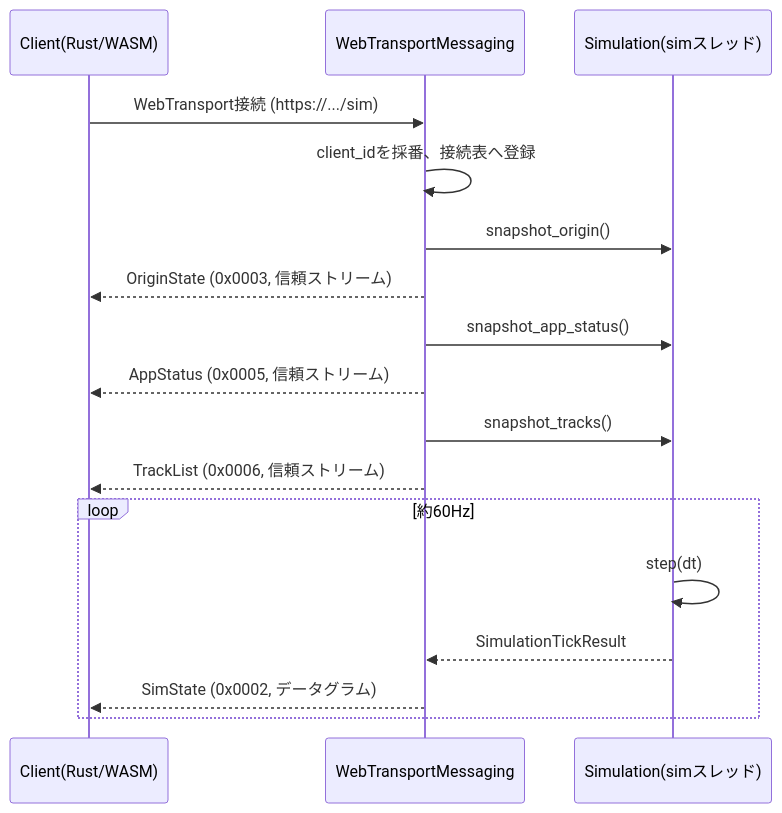
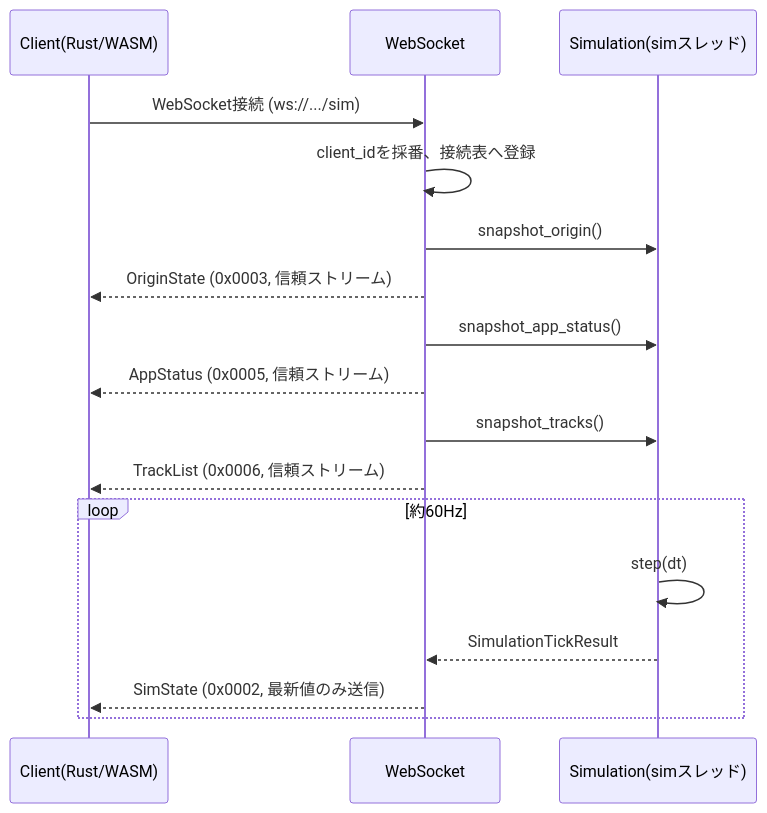
One commit to ham1a6/SimulationView changed the third of 11 diagrams in sample/docs/DETAILED_DESIGN.md. Above: the diagram before and after it, drawn with Mermaid. The commit also changed other lines of this file and 27 other files, not shown here.

````diff
--- a/sample/docs/DETAILED_DESIGN.md
+++ b/sample/docs/DETAILED_DESIGN.md
@@ -257,20 +258,20 @@
 ```mermaid
 sequenceDiagram
     participant C as Client(Rust/WASM)
-    participant WT as WebTransportMessaging
+    participant WT as WebSocket
     participant Sim as Simulation(simスレッド)
 
-    C->>WT: WebTransport接続 (https://.../sim)
+    C->>WT: WebSocket接続 (ws://.../sim)
     WT->>WT: client_idを採番、接続表へ登録
     WT->>Sim: snapshot_origin()
     WT-->>C: OriginState (0x0003, 信頼ストリーム)
     WT->>Sim: snapshot_app_status()
     WT-->>C: AppStatus (0x0005, 信頼ストリーム)
     WT->>Sim: snapshot_tracks()
     WT-->>C: TrackList (0x0006, 信頼ストリーム)
     loop 約60Hz
         Sim->>Sim: step(dt)
         Sim-->>WT: SimulationTickResult
-        WT-->>C: SimState (0x0002, データグラム)
+        WT-->>C: SimState (0x0002, 最新値のみ送信)
     end
 ```
````
